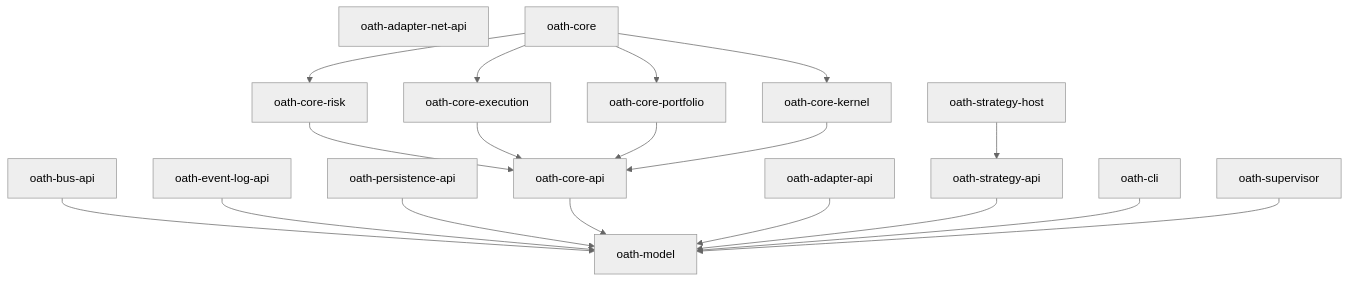
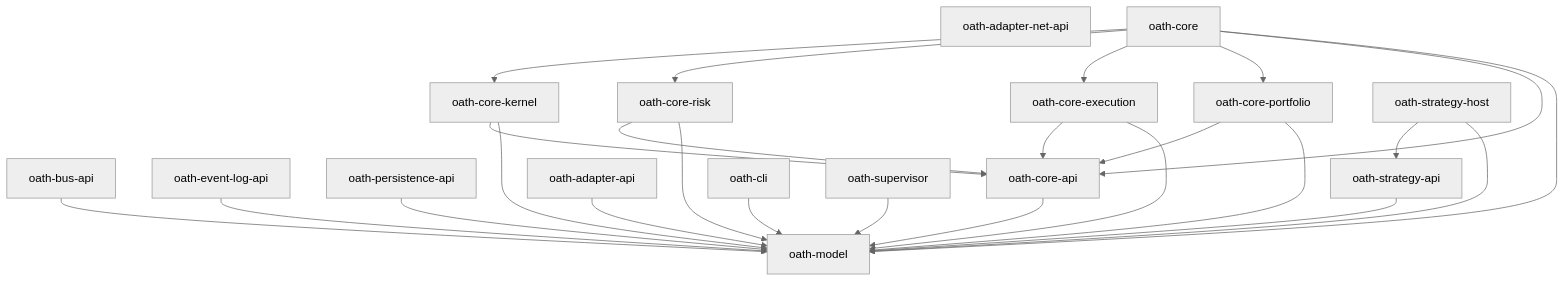
One commit to NotAProfDev/oath changed the diagram in README.md. Above: the diagram before and after it, drawn with Mermaid (neutral theme).

Commit message:
docs(readme): complete dependency-graph edges for policies and core
The Mermaid graph showed `--> model` edges for the *-api crates but omitted
them for the policy/kernel crates, `oath-core`, and `oath-strategy-host`, and
omitted `oath-core -> oath-core-api`. CLAUDE.md treats this graph as the
authoritative dependency contract, so the missing direct edges are now drawn to
match each crate's Cargo.toml.

````diff
--- a/README.md
+++ b/README.md
@@ -33,26 +33,33 @@
 ```mermaid
 graph TD
     model[oath-model]
 
     busapi[oath-bus-api] --> model
     evlog[oath-event-log-api] --> model
     perapi[oath-persistence-api] --> model
     coreapi[oath-core-api] --> model
     adapterapi[oath-adapter-api] --> model
     stratapi[oath-strategy-api] --> model
     netapi[oath-adapter-net-api]
 
     risk[oath-core-risk] --> coreapi
+    risk --> model
     exe[oath-core-execution] --> coreapi
+    exe --> model
     por[oath-core-portfolio] --> coreapi
+    por --> model
     kernel[oath-core-kernel] --> coreapi
+    kernel --> model
 
     core[oath-core] --> kernel
     core --> risk
     core --> exe
     core --> por
+    core --> coreapi
+    core --> model
 
     strathost[oath-strategy-host] --> stratapi
+    strathost --> model
     cli[oath-cli] --> model
     sup[oath-supervisor] --> model
 ```
````
